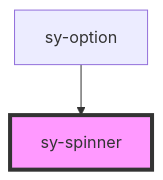
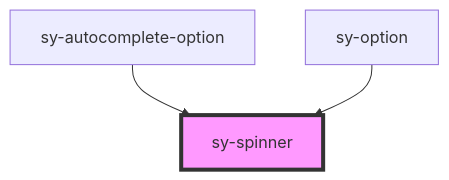
The diagram in design-system-light/src/components/spinner/readme.md (ksrae/saida-design-system-components), drawn with Mermaid before and after one commit. The commit also changed other lines of this file and 15 other files, not shown here.

````diff
--- a/design-system-light/src/components/spinner/readme.md
+++ b/design-system-light/src/components/spinner/readme.md
@@ -26,5 +27,6 @@
 ```mermaid
 graph TD;
+  sy-autocomplete-option --> sy-spinner
   sy-option --> sy-spinner
   style sy-spinner fill:#f9f,stroke:#333,stroke-width:4px
 ```
````
